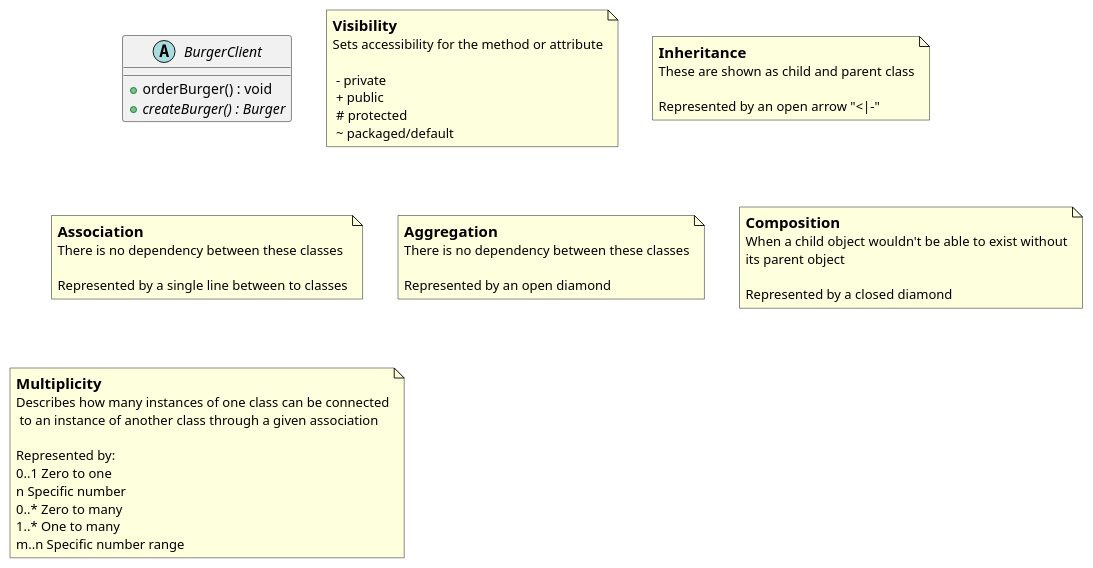
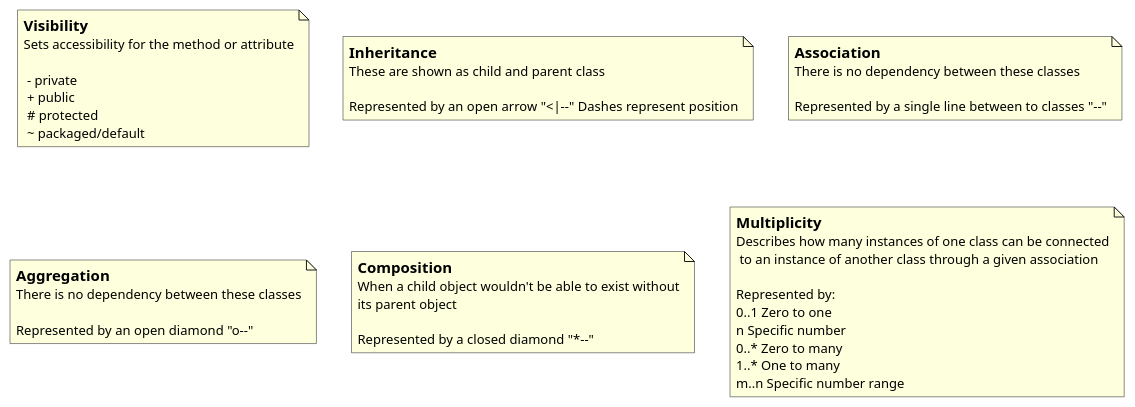
One commit to bradburp/guidos changed the diagram in src/main/resources/uml/UMLTypesAndExamples.puml. Above: the diagram before and after it, drawn with PlantUML. The commit also changed 1 other file, not shown here.

```diff
--- a/src/main/resources/uml/UMLTypesAndExamples.puml
+++ b/src/main/resources/uml/UMLTypesAndExamples.puml
@@ -4,60 +4,55 @@
 @startuml
-
-abstract BurgerClient {
-    +orderBurger() : void
-    +{abstract} createBurger() : Burger
-}
 
 note as Visibility
 <size:15><b>Visibility
 Sets accessibility for the method or attribute
 
  - private
  + public
  # protected
  ~ packaged/default
 end note
 
 note as Inheritance
 <size:15><b>Inheritance
 These are shown as child and parent class
 
-Represented by an open arrow "<|-"
+Represented by an open arrow "<|--" Dashes represent position
 end note
 
 note as Association
 <size:15><b>Association
 There is no dependency between these classes
 
-Represented by a single line between to classes
+Represented by a single line between to classes "--"
 end note
 
 note as Aggregation
 <size:15><b>Aggregation
 There is no dependency between these classes
 
-Represented by an open diamond
+Represented by an open diamond "o--"
 end note
 
 note as Composition
 <size:15><b>Composition
 When a child object wouldn't be able to exist without
 its parent object
 
-Represented by a closed diamond
+Represented by a closed diamond "*--"
 end note
 
 note as Multiplicity
 <size:15><b>Multiplicity
 Describes how many instances of one class can be connected
  to an instance of another class through a given association
 
 Represented by:
 0..1 Zero to one
 n Specific number
 0..* Zero to many
 1..* One to many
 m..n Specific number range
 end note
 
 @enduml
```
